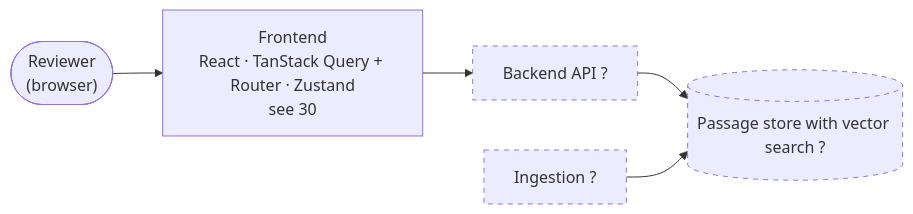
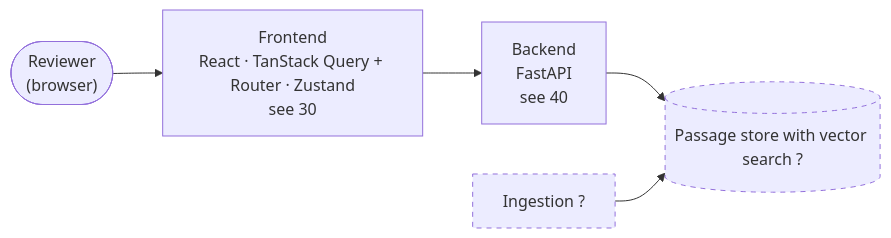
One commit to brianaderer/transcendent changed the diagram in docs/atlas/01-system-map.md. Above: the diagram before and after it, drawn with Mermaid. The commit also changed other lines of this file and 3 other files, not shown here.

Commit message:
Atlas: 40 (draft) backend on FastAPI; 01 updated; OPEN-3..5

````diff
--- a/docs/atlas/01-system-map.md
+++ b/docs/atlas/01-system-map.md
@@ -9,16 +9,16 @@
 ```mermaid
 flowchart LR
     USER(["Reviewer<br/>(browser)"])
     FE["Frontend<br/>React · TanStack Query + Router · Zustand<br/>see 30"]
-    API["Backend API ?"]
+    API["Backend<br/>FastAPI<br/>see 40"]
     STORE[("Passage store with vector search ?")]
     INGEST["Ingestion ?"]
 
     USER --> FE
     FE --> API
     API --> STORE
     INGEST --> STORE
 
     classDef open stroke-dasharray: 5 5
-    class API,STORE,INGEST open
+    class STORE,INGEST open
 ```
````
